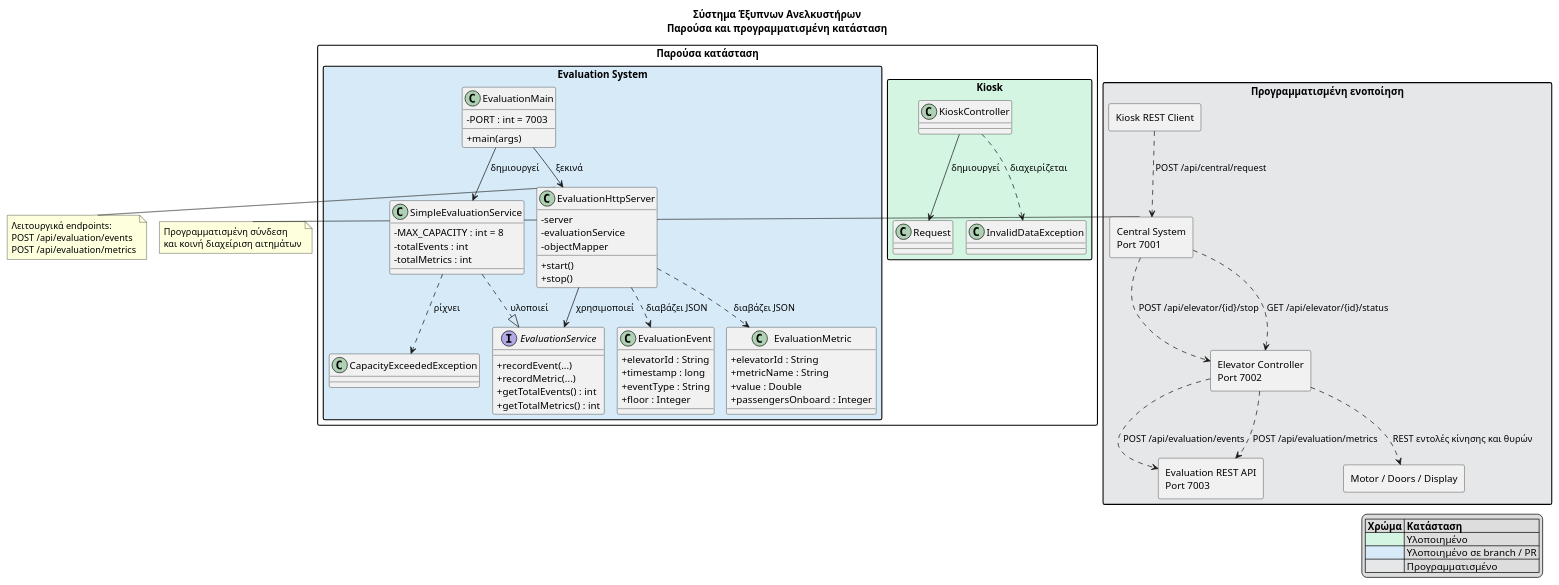
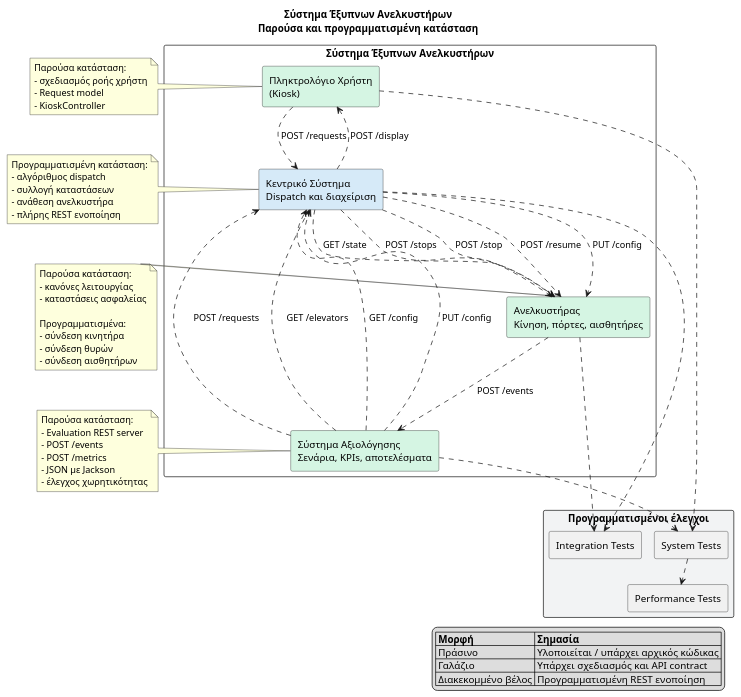
Before and after one commit to arisregklis/Byteme: the diagram in docs/SYSTEM_UML.puml, drawn with PlantUML.

Commit message:
διορθωση uml
διορθωση

```diff
--- a/docs/SYSTEM_UML.puml
+++ b/docs/SYSTEM_UML.puml
@@ -1,117 +1,90 @@
 @startuml
 !pragma layout smetana
-allowmixing
 
 title Σύστημα Έξυπνων Ανελκυστήρων\nΠαρούσα και προγραμματισμένη κατάσταση
 
 top to bottom direction
 skinparam shadowing false
+skinparam componentStyle rectangle
 skinparam packageStyle rectangle
-skinparam classAttributeIconSize 0
-skinparam componentStyle rectangle
+skinparam defaultFontName Arial
 
 legend right
-  |= Χρώμα |= Κατάσταση |
-  |<#D5F5E3>| Υλοποιημένο |
-  |<#D6EAF8>| Υλοποιημένο σε branch / PR |
-  |<#E5E7E9>| Προγραμματισμένο |
+  |= Μορφή |= Σημασία |
+  | Πράσινο | Υλοποιείται / υπάρχει αρχικός κώδικας |
+  | Γαλάζιο | Υπάρχει σχεδιασμός και API contract |
+  | Διακεκομμένο βέλος | Προγραμματισμένη REST ενοποίηση |
 endlegend
 
-package "Παρούσα κατάσταση" {
+package "Σύστημα Έξυπνων Ανελκυστήρων" {
 
-    package "Kiosk" #D5F5E3 {
-        class KioskController
-        class Request
-        class InvalidDataException
+    component "Πληκτρολόγιο Χρήστη\n(Kiosk)" as Kiosk #D5F5E3
+    component "Κεντρικό Σύστημα\nDispatch και διαχείριση" as Central #D6EAF8
+    component "Ανελκυστήρας\nΚίνηση, πόρτες, αισθητήρες" as Elevator #D5F5E3
+    component "Σύστημα Αξιολόγησης\nΣενάρια, KPIs, αποτελέσματα" as Evaluation #D5F5E3
 
-        KioskController --> Request : δημιουργεί
-        KioskController ..> InvalidDataException : διαχειρίζεται
-    }
+    Kiosk ..> Central : POST /requests
+    Central ..> Kiosk : POST /display
 
-    package "Evaluation System" #D6EAF8 {
-        interface EvaluationService {
-            + recordEvent(...)
-            + recordMetric(...)
-            + getTotalEvents() : int
-            + getTotalMetrics() : int
-        }
+    Central ..> Elevator : GET /state
+    Central ..> Elevator : POST /stops
+    Central ..> Elevator : POST /stop
+    Central ..> Elevator : POST /resume
+    Central ..> Elevator : PUT /config
 
-        class SimpleEvaluationService {
-            - MAX_CAPACITY : int = 8
-            - totalEvents : int
-            - totalMetrics : int
-        }
+    Evaluation ..> Central : POST /requests
+    Evaluation ..> Central : GET /elevators
+    Evaluation ..> Central : GET /config
+    Evaluation ..> Central : PUT /config
 
-        class EvaluationHttpServer {
-            - server
-            - evaluationService
-            - objectMapper
-            + start()
-            + stop()
-        }
-
-        class EvaluationMain {
-            - PORT : int = 7003
-            + main(args)
-        }
-
-        class EvaluationEvent {
-            + elevatorId : String
-            + timestamp : long
-            + eventType : String
-            + floor : Integer
-        }
-
-        class EvaluationMetric {
-            + elevatorId : String
-            + metricName : String
-            + value : Double
-            + passengersOnboard : Integer
-        }
-
-        class CapacityExceededException
-
-        SimpleEvaluationService ..|> EvaluationService : υλοποιεί
-        EvaluationMain --> SimpleEvaluationService : δημιουργεί
-        EvaluationMain --> EvaluationHttpServer : ξεκινά
-        EvaluationHttpServer --> EvaluationService : χρησιμοποιεί
-        EvaluationHttpServer ..> EvaluationEvent : διαβάζει JSON
-        EvaluationHttpServer ..> EvaluationMetric : διαβάζει JSON
-        SimpleEvaluationService ..> CapacityExceededException : ρίχνει
-    }
+    Elevator ..> Evaluation : POST /events
 }
 
-package "Προγραμματισμένη ενοποίηση" #E5E7E9 {
+note left of Kiosk
+  Παρούσα κατάσταση:
+  - σχεδιασμός ροής χρήστη
+  - Request model
+  - KioskController
+end note
 
-    component "Kiosk REST Client" as KioskREST
-    component "Central System\nPort 7001" as Central
-    component "Elevator Controller\nPort 7002" as Elevator
-    component "Evaluation REST API\nPort 7003" as EvaluationAPI
-    component "Motor / Doors / Display" as Hardware
-   
-   KioskREST ..> Central : POST /api/central/request
-
-    Central ..> Elevator : POST /api/elevator/{id}/stop
-
-    Central ..> Elevator : GET /api/elevator/{id}/status
-
-    Elevator ..> EvaluationAPI : POST /api/evaluation/events
-
-    Elevator ..> EvaluationAPI : POST /api/evaluation/metrics
-
-    Elevator ..> Hardware : REST εντολές κίνησης και θυρών
-    
-}
-
-note right of EvaluationHttpServer
-  Λειτουργικά endpoints:
-  POST /api/evaluation/events
-  POST /api/evaluation/metrics
+note right of Evaluation
+  Παρούσα κατάσταση:
+  - Evaluation REST server
+  - POST /events
+  - POST /metrics
+  - JSON με Jackson
+  - έλεγχος χωρητικότητας
 end note
 
 note right of Central
-  Προγραμματισμένη σύνδεση
-  και κοινή διαχείριση αιτημάτων
+  Προγραμματισμένη κατάσταση:
+  - αλγόριθμος dispatch
+  - συλλογή καταστάσεων
+  - ανάθεση ανελκυστήρα
+  - πλήρης REST ενοποίηση
 end note
 
-@enduml
+note left of Elevator
+  Παρούσα κατάσταση:
+  - κανόνες λειτουργίας
+  - καταστάσεις ασφαλείας
+
+  Προγραμματισμένα:
+  - σύνδεση κινητήρα
+  - σύνδεση θυρών
+  - σύνδεση αισθητήρων
+end note
+
+package "Προγραμματισμένοι έλεγχοι" #F2F3F4 {
+    component "Integration Tests" as Integration
+    component "System Tests" as SystemTests
+    component "Performance Tests" as Performance
+}
+
+Central ..> Integration
+Elevator ..> Integration
+Kiosk ..> SystemTests
+Evaluation ..> SystemTests
+SystemTests ..> Performance
+
+@enduml 
```
